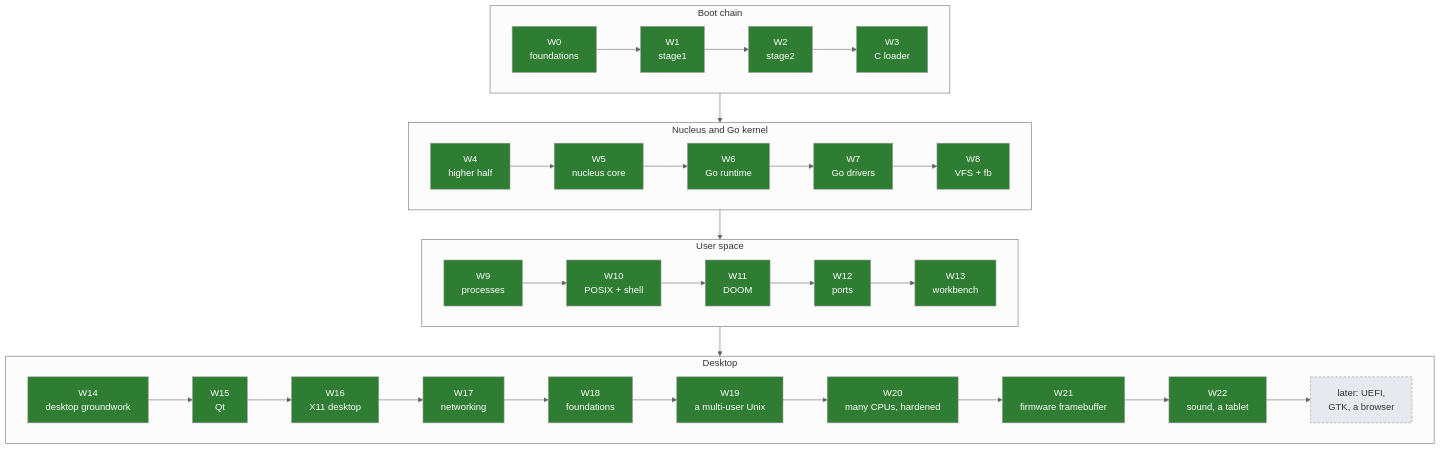
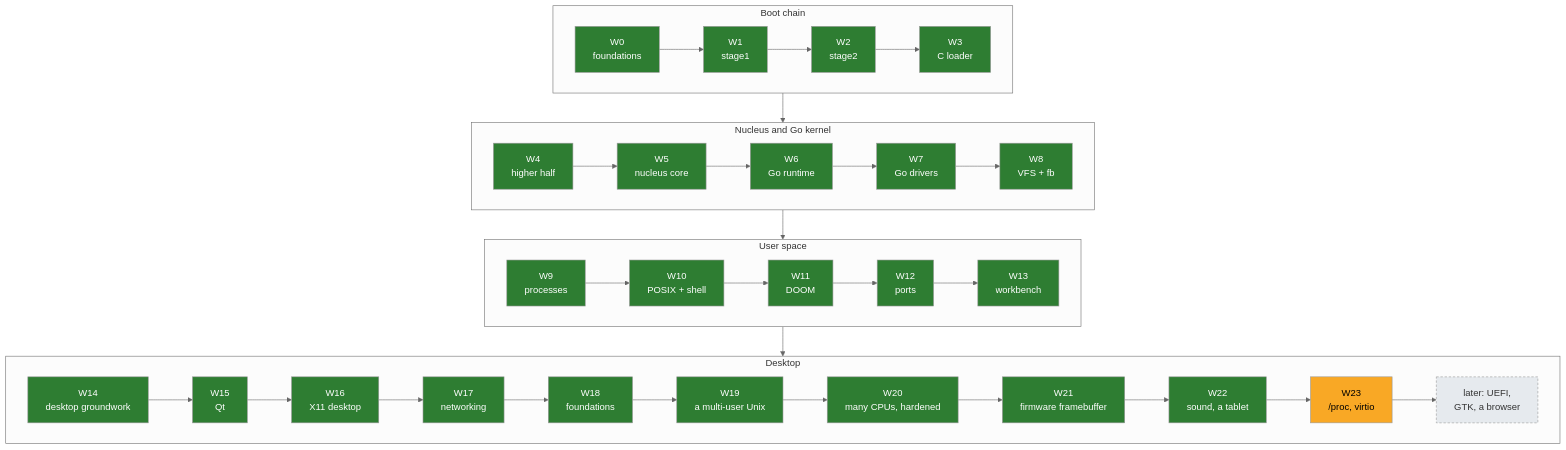
One commit to decagondev/burrow changed the diagram in docs/04-plan/ROADMAP.md. Above: the diagram before and after it, drawn with Mermaid (neutral theme). The commit also changed other lines of this file and 5 other files, not shown here.

First line of the commit message:
Plan Wave 23: /proc and virtio devices

````diff
--- a/docs/04-plan/ROADMAP.md
+++ b/docs/04-plan/ROADMAP.md
@@ -31,25 +32,26 @@
 ```mermaid
 flowchart TB
     subgraph boot["Boot chain"]
         direction LR
         W0["W0<br/>foundations"] --> W1["W1<br/>stage1"] --> W2["W2<br/>stage2"] --> W3["W3<br/>C loader"]
     end
     subgraph core["Nucleus and Go kernel"]
         direction LR
         W4["W4<br/>higher half"] --> W5["W5<br/>nucleus core"] --> W6["W6<br/>Go runtime"] --> W7["W7<br/>Go drivers"] --> W8["W8<br/>VFS + fb"]
     end
     subgraph unix["User space"]
         direction LR
         W9["W9<br/>processes"] --> W10["W10<br/>POSIX + shell"] --> W11["W11<br/>DOOM"] --> W12["W12<br/>ports"] --> W13["W13<br/>workbench"]
     end
     subgraph desk["Desktop"]
         direction LR
-        W14["W14<br/>desktop groundwork"] --> W15["W15<br/>Qt"] --> W16["W16<br/>X11 desktop"] --> W17["W17<br/>networking"] --> W18["W18<br/>foundations"] --> W19["W19<br/>a multi-user Unix"] --> W20["W20<br/>many CPUs, hardened"] --> W21["W21<br/>firmware framebuffer"] --> W22["W22<br/>sound, a tablet"] --> X["later: UEFI,<br/>GTK, a browser"]
+        W14["W14<br/>desktop groundwork"] --> W15["W15<br/>Qt"] --> W16["W16<br/>X11 desktop"] --> W17["W17<br/>networking"] --> W18["W18<br/>foundations"] --> W19["W19<br/>a multi-user Unix"] --> W20["W20<br/>many CPUs, hardened"] --> W21["W21<br/>firmware framebuffer"] --> W22["W22<br/>sound, a tablet"] --> W23["W23<br/>/proc, virtio"] --> X["later: UEFI,<br/>GTK, a browser"]
     end
     boot --> core --> unix --> desk
     classDef done fill:#2e7d32,color:#fff;
     classDef next fill:#f9a825,color:#000;
     classDef later fill:#e6eaee,color:#333,stroke-dasharray: 4 3;
     class W0,W1,W2,W3,W4,W5,W6,W7,W8,W9,W10,W11,W12,W13,W14,W15,W16,W17,W18,W19,W20,W21,W22 done;
+    class W23 next;
     class X later;
 ```
````
